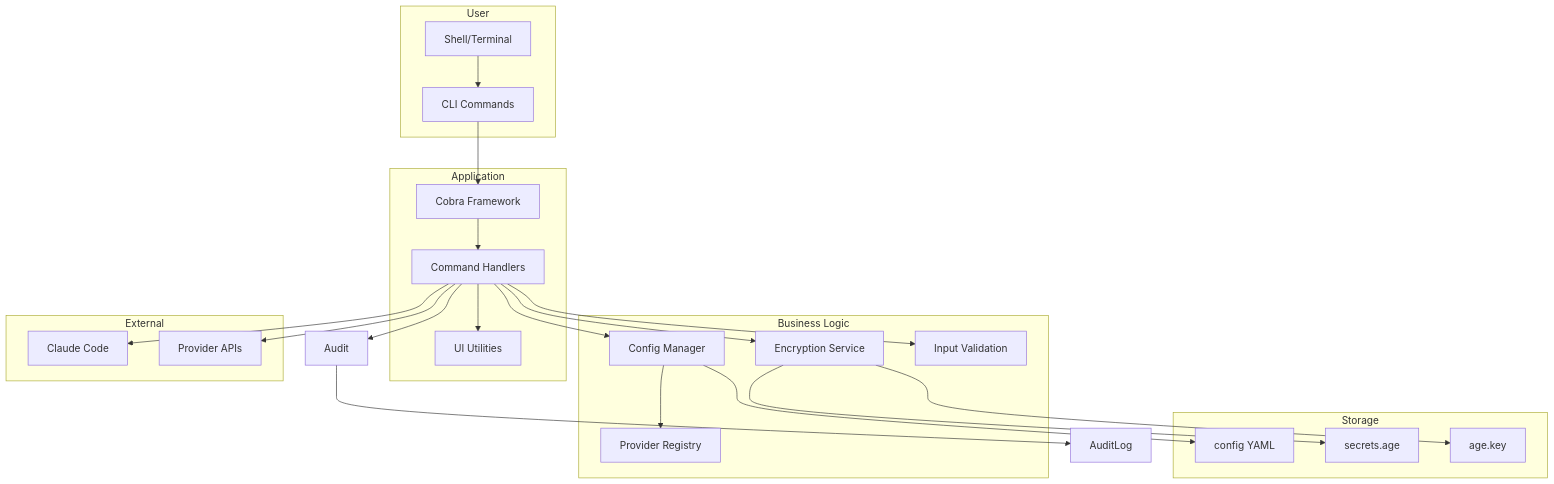
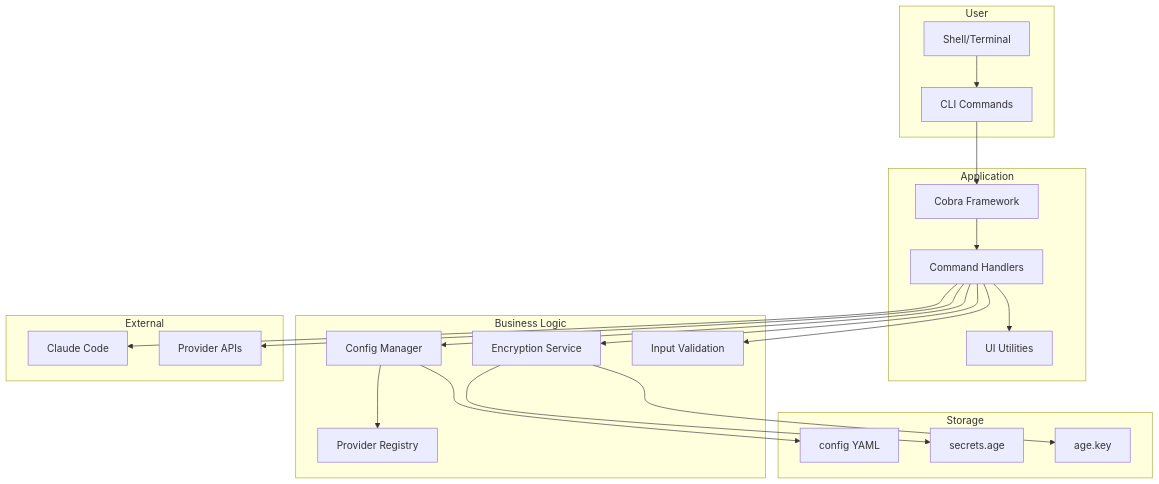
Before and after one commit to dkmnx/kairo: the first of 6 diagrams in docs/architecture/README.md, drawn with Mermaid. The commit also changed other lines of this file and 6 other files, not shown here.

````diff
--- a/docs/architecture/README.md
+++ b/docs/architecture/README.md
@@ -15,47 +14,45 @@
 ```mermaid
 flowchart TB
     subgraph User
         CLI[CLI Commands]
         Shell[Shell/Terminal]
     end
 
     subgraph Application
         Cobra[Cobra Framework]
         Commands[Command Handlers]
         UI[UI Utilities]
     end
 
     subgraph Business Logic
         Config[Config Manager]
         Crypto[Encryption Service]
         Providers[Provider Registry]
         Validate[Input Validation]
     end
 
     subgraph Storage
         ConfigFile[config YAML]
         SecretsAge[secrets.age]
         AgeKey[age.key]
     end
 
     subgraph External
         Claude[Claude Code]
         APIs[Provider APIs]
     end
 
     Shell --> CLI
     CLI --> Cobra
     Cobra --> Commands
     Commands --> UI
     Commands --> Config
     Commands --> Crypto
     Commands --> Validate
-    Commands --> Audit
     Config --> ConfigFile
     Crypto --> SecretsAge
     Crypto --> AgeKey
-    Audit --> AuditLog
     Config --> Providers
     Commands --> APIs
     Commands --> Claude
 ```
````
